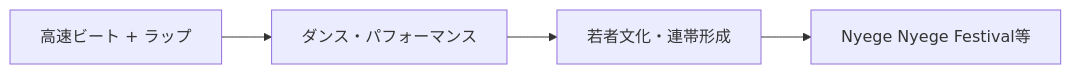
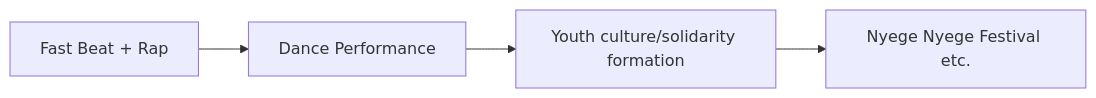
The second of 6 diagrams in en/_posts/2025-10-04-Column-Nyege-Nyege.md (monumental-movement/monumental-movement.github.io), drawn with Mermaid before and after one commit. The commit also changed other lines of this file and 1631 other files, not shown here.

```diff
--- a/en/_posts/2025-10-04-Column-Nyege-Nyege.md
+++ b/en/_posts/2025-10-04-Column-Nyege-Nyege.md
@@ -138,8 +136,8 @@
 <div class="mermaid">
 
 flowchart LR
-    Music["高速ビート + ラップ"] --> Dance["ダンス・パフォーマンス"]
-    Dance --> Community["若者文化・連帯形成"]
-    Community --> Festivals["Nyege Nyege Festival等"]
+    Music["Fast Beat + Rap"] --> Dance["Dance Performance"]
+    Dance --> Community["Youth culture/solidarity formation"]
+    Community --> Festivals["Nyege Nyege Festival etc."]
 
 </div>
```
